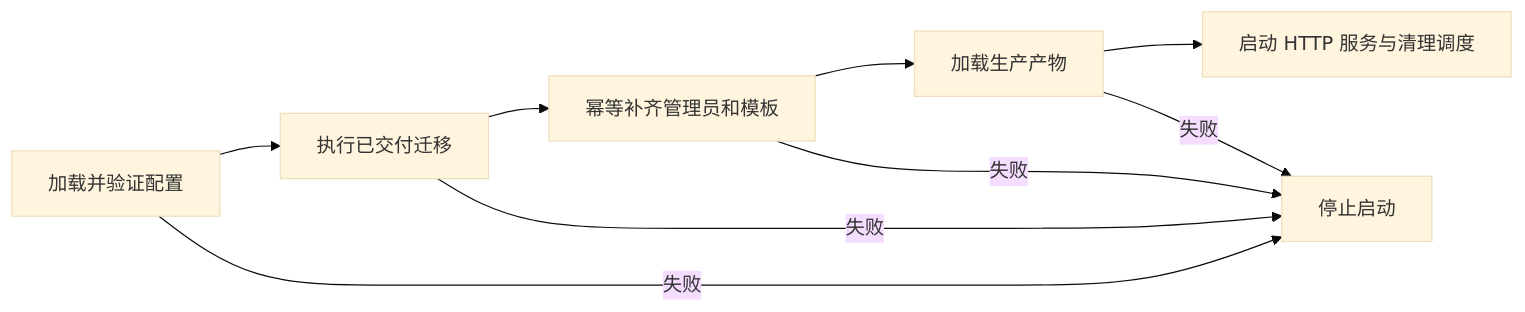
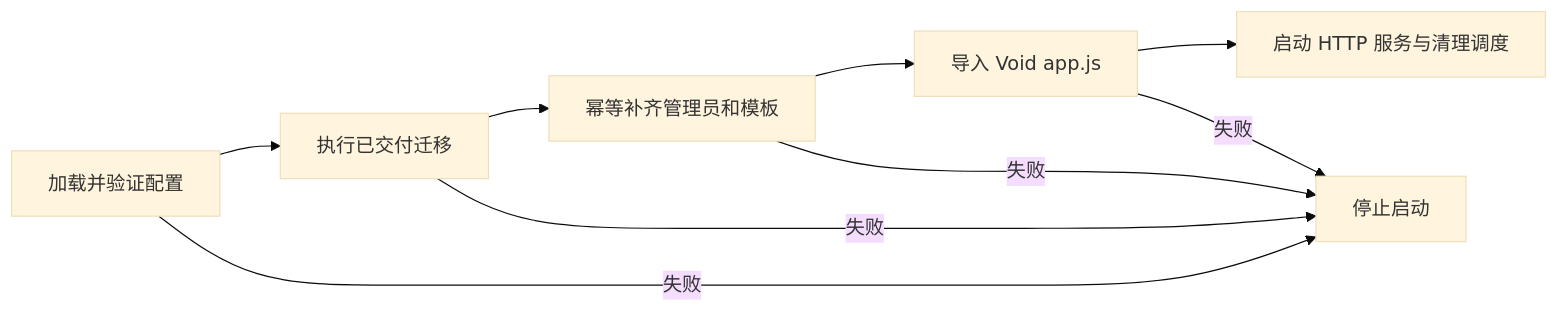
Before and after one commit to kentxxq/pusher: the second of 2 diagrams in docs/design/database-and-deployment.md, drawn with Mermaid (base theme). The commit also changed other lines of this file and 49 other files, not shown here.

````diff
--- a/docs/design/database-and-deployment.md
+++ b/docs/design/database-and-deployment.md
@@ -74,11 +75,11 @@
 ```mermaid
 flowchart LR
     Config[加载并验证配置] --> Migration[执行已交付迁移]
     Migration --> Seed[幂等补齐管理员和模板]
-    Seed --> App[加载生产产物]
+    Seed --> App[导入 Void app.js]
     App --> Running[启动 HTTP 服务与清理调度]
     Config -->|失败| Stop[停止启动]
     Migration -->|失败| Stop
     Seed -->|失败| Stop
     App -->|失败| Stop
 ```
````
